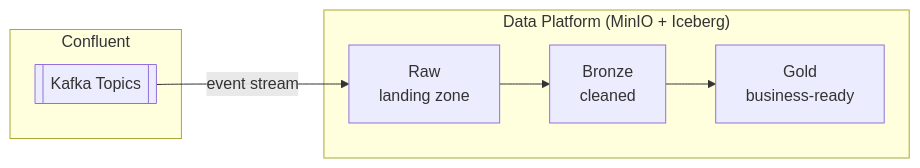
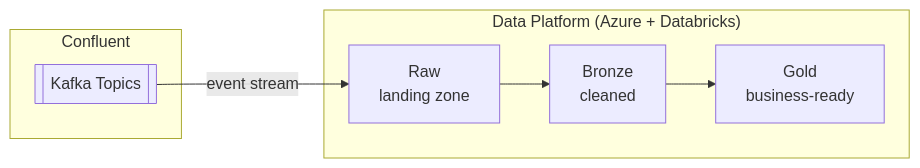
The diagram in colaco-arch/data-platform.md (samuelramos/entourage), drawn with Mermaid before and after one commit. The commit also changed other lines of this file, not shown here.

First line of the commit message:
Correct data platform: Azure + Databricks replace MinIO + Iceberg

````diff
--- a/colaco-arch/data-platform.md
+++ b/colaco-arch/data-platform.md
@@ -58,14 +69,14 @@
 ```mermaid
 flowchart LR
     subgraph Confluent
         kafka[[Kafka Topics]]
     end
-    subgraph "Data Platform (MinIO + Iceberg)"
+    subgraph "Data Platform (Azure + Databricks)"
         raw[Raw\nlanding zone]
         bronze[Bronze\ncleaned]
         gold[Gold\nbusiness-ready]
         raw --> bronze --> gold
     end
 
     kafka -->|event stream| raw
 ```
````
